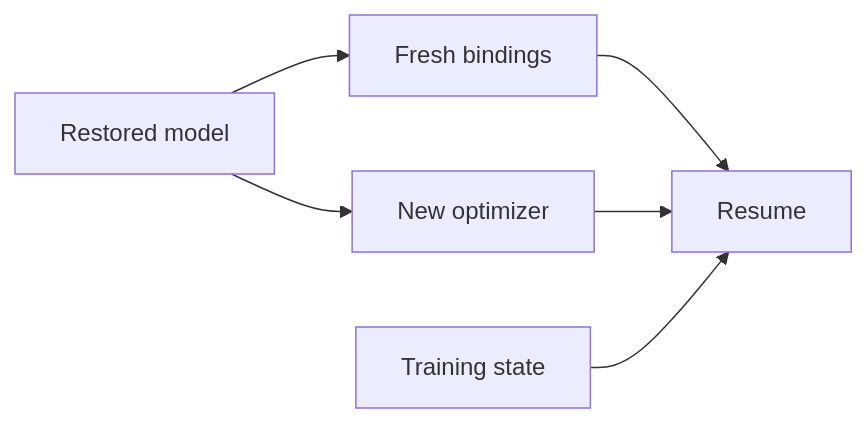
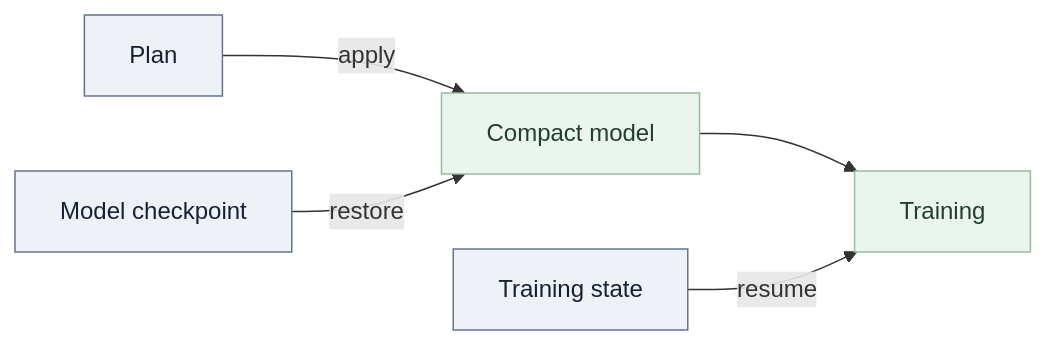
Before and after one commit to ZaberKo/torch-kirigami: the diagram in docs/persistence.md, drawn with Mermaid. The commit also changed other lines of this file and 43 other files, not shown here.

````diff
--- a/docs/persistence.md
+++ b/docs/persistence.md
@@ -98,8 +5,11 @@
 ```mermaid
 flowchart LR
-    Model["Restored model"] --> Bindings["Fresh bindings"]
-    Model --> Optimizer["New optimizer"]
-    Bindings --> Resume["Resume"]
-    Optimizer --> Resume
-    State["Training state"] --> Resume
+    Plan["Plan"] -- apply --> Model["Compact model"]
+    Checkpoint["Model checkpoint"] -- restore --> Model
+    Model --> Training["Training"]
+    State["Training state"] -- resume --> Training
+    classDef state fill:#eef2f7,stroke:#64748b,color:#172033
+    classDef restored fill:#eaf5ee,stroke:#98bba3,color:#213f2c
+    class Plan,Checkpoint,State state
+    class Model,Training restored
 ```
````
